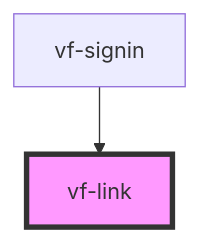
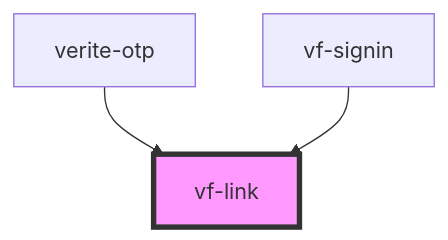
Before and after one commit to verite-team/verite-elements: the diagram in packages/stencil-library/src/components/vf-link/readme.md, drawn with Mermaid. The commit also changed other lines of this file and 29 other files, not shown here.

````diff
--- a/packages/stencil-library/src/components/vf-link/readme.md
+++ b/packages/stencil-library/src/components/vf-link/readme.md
@@ -32,5 +33,6 @@
 ```mermaid
 graph TD;
+  verite-otp --> vf-link
   vf-signin --> vf-link
   style vf-link fill:#f9f,stroke:#333,stroke-width:4px
 ```
````
